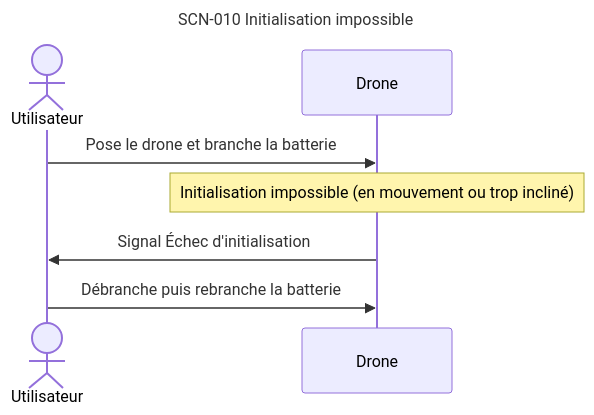
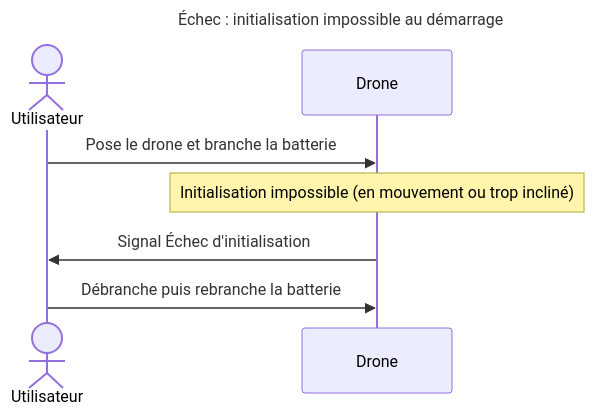
Before and after one commit to thourymatthieu-png/coworker_archi_system: diagram 14 of 15 in projets/boomrone/00-scenarios.md, drawn with Mermaid. The commit also changed other lines of this file and 6 other files, not shown here.

````diff
--- a/projets/boomrone/00-scenarios.md
+++ b/projets/boomrone/00-scenarios.md
@@ -739,12 +872,12 @@
 ```mermaid
 ---
-title: "SCN-010 Initialisation impossible"
+title: "Échec : initialisation impossible au démarrage"
 ---
 sequenceDiagram
     actor U as Utilisateur
     participant D as Drone
     U->>D: Pose le drone et branche la batterie
     Note over D: Initialisation impossible (en mouvement ou trop incliné)
     D->>U: Signal Échec d'initialisation
     U->>D: Débranche puis rebranche la batterie
 ```
````
